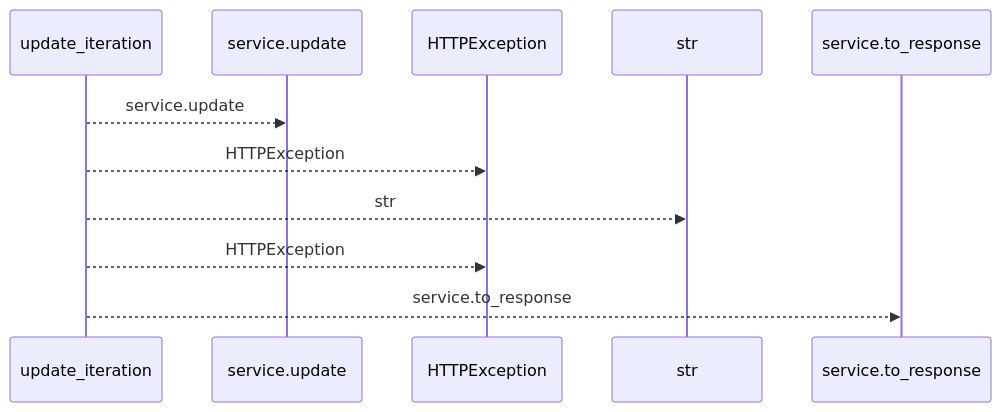
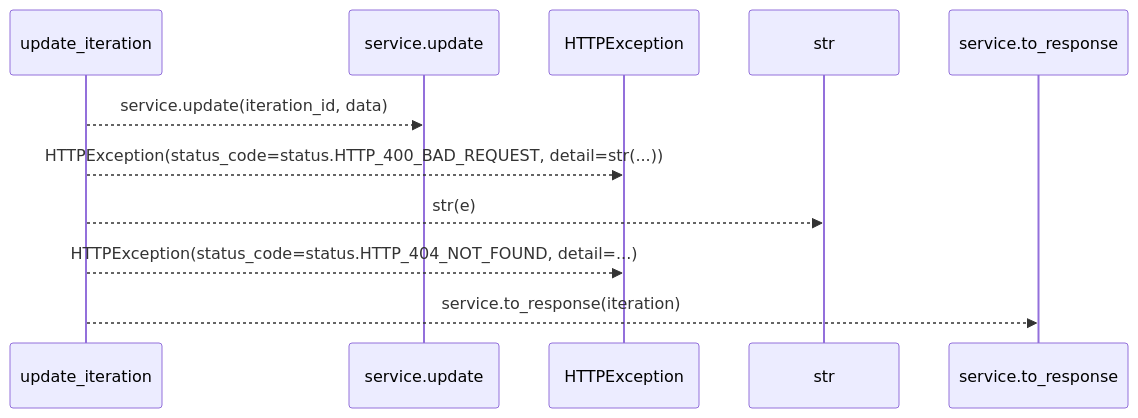
One commit to Denissvgn/WorkChord changed the first of 2 diagrams in docs/llm_wiki/flows/http-update_iteration-iterations.md. Above: the diagram before and after it, drawn with Mermaid. The commit also changed other lines of this file and 25171 other files, not shown here.

````diff
--- a/docs/llm_wiki/flows/http-update_iteration-iterations.md
+++ b/docs/llm_wiki/flows/http-update_iteration-iterations.md
@@ -10,13 +12,13 @@
 ```mermaid
 sequenceDiagram
     participant p0 as update_iteration
     participant p1 as service.update
     participant p2 as HTTPException
     participant p3 as str
     participant p4 as service.to_response
-    p0-->>p1: service.update
-    p0-->>p2: HTTPException
-    p0-->>p3: str
-    p0-->>p2: HTTPException
-    p0-->>p4: service.to_response
+    p0-->>p1: service.update(iteration_id, data)
+    p0-->>p2: HTTPException(status_code=status.HTTP_400_BAD_REQUEST, detail=str(...))
+    p0-->>p3: str(e)
+    p0-->>p2: HTTPException(status_code=status.HTTP_404_NOT_FOUND, detail=...)
+    p0-->>p4: service.to_response(iteration)
 ```
````
